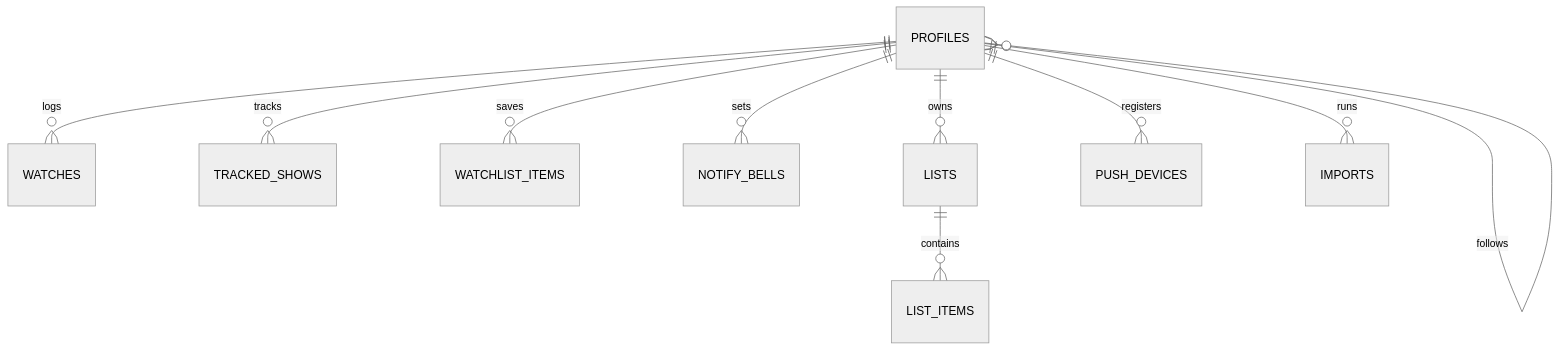
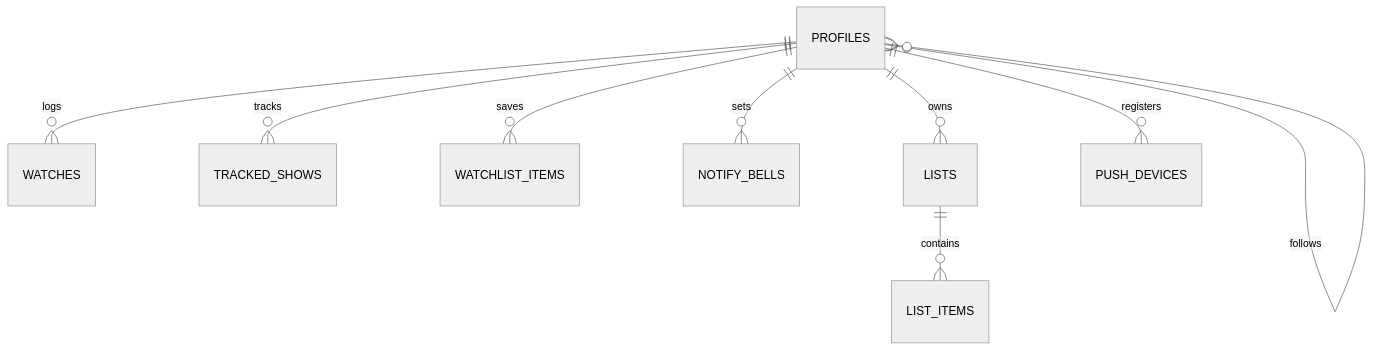
Before and after one commit to AlexisAmadei/tv-time-2: the third of 3 diagrams in _bmad-output/planning-artifacts/architecture/architecture-tv-time-2-2026-07-02/ARCHITECTURE-SPINE.md, drawn with Mermaid (neutral theme). The commit also changed other lines of this file and 7 other files, not shown here.

````diff
--- a/_bmad-output/planning-artifacts/architecture/architecture-tv-time-2-2026-07-02/ARCHITECTURE-SPINE.md
+++ b/_bmad-output/planning-artifacts/architecture/architecture-tv-time-2-2026-07-02/ARCHITECTURE-SPINE.md
@@ -209,12 +207,11 @@
 ```mermaid
 erDiagram
   PROFILES ||--o{ WATCHES : logs
   PROFILES ||--o{ TRACKED_SHOWS : tracks
   PROFILES ||--o{ WATCHLIST_ITEMS : saves
   PROFILES ||--o{ NOTIFY_BELLS : sets
   PROFILES ||--o{ LISTS : owns
   PROFILES ||--o{ PUSH_DEVICES : registers
-  PROFILES ||--o{ IMPORTS : runs
   PROFILES }o--o{ PROFILES : follows
   LISTS ||--o{ LIST_ITEMS : contains
 ```
````
